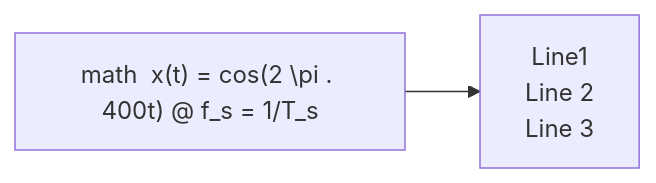
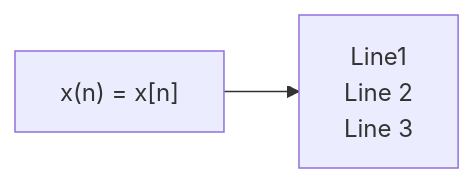
The diagram in README.md (valiha-com/dasp_tutorial), drawn with Mermaid before and after one commit.

````diff
--- a/README.md
+++ b/README.md
@@ -64,9 +64,9 @@
 ```mermaid
 
 flowchart LR
-    markdown["`math  x(t) = cos(2 \pi . 400t) @ f_s = 1/T_s  `"]
+    markdown["`  x(n) = x[n]  `"]
     newLines["`Line1
     Line 2
     Line 3`"]
     markdown --> newLines
 ```
````
